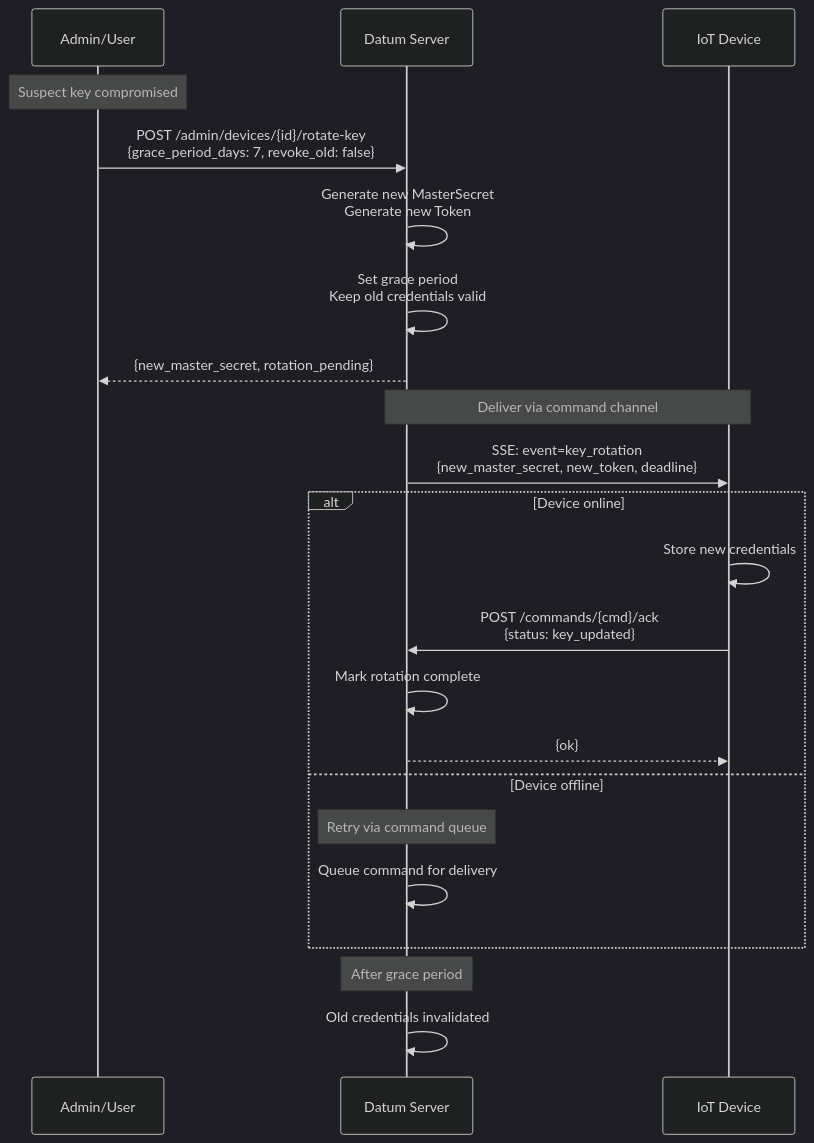
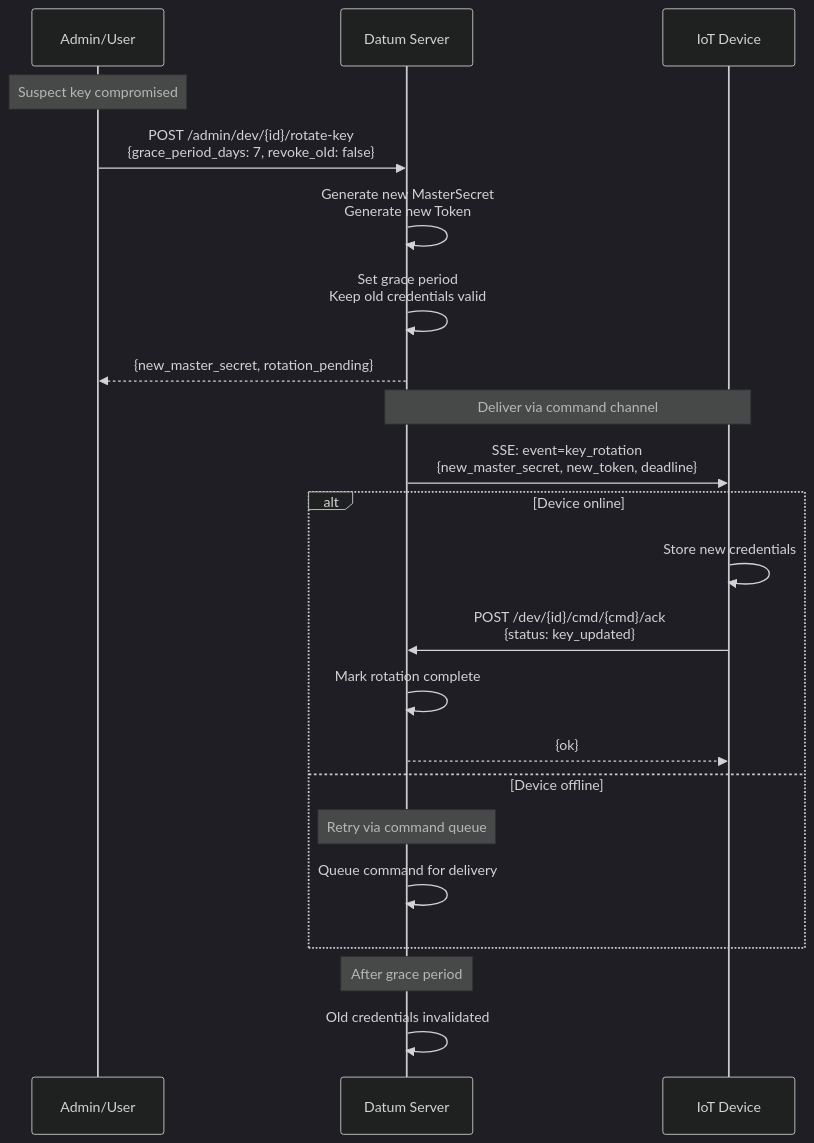
The eighth of 11 diagrams in docs/diagrams/API_KEY_SECURITY.md (tevfik/datum-server), drawn with Mermaid (dark theme) before and after one commit. The commit also changed other lines of this file and 61 other files, not shown here.

````diff
--- a/docs/diagrams/API_KEY_SECURITY.md
+++ b/docs/diagrams/API_KEY_SECURITY.md
@@ -245,29 +245,29 @@
 ```mermaid
 sequenceDiagram
     participant Admin as Admin/User
     participant Server as Datum Server
     participant Device as IoT Device
     
     Note over Admin: Suspect key compromised
-    Admin->>Server: POST /admin/devices/{id}/rotate-key<br/>{grace_period_days: 7, revoke_old: false}
+    Admin->>Server: POST /admin/dev/{id}/rotate-key<br/>{grace_period_days: 7, revoke_old: false}
     
     Server->>Server: Generate new MasterSecret<br/>Generate new Token
     Server->>Server: Set grace period<br/>Keep old credentials valid
     Server-->>Admin: {new_master_secret, rotation_pending}
     
     Note over Server,Device: Deliver via command channel
     Server->>Device: SSE: event=key_rotation<br/>{new_master_secret, new_token, deadline}
     
     alt Device online
         Device->>Device: Store new credentials
-        Device->>Server: POST /commands/{cmd}/ack<br/>{status: key_updated}
+        Device->>Server: POST /dev/{id}/cmd/{cmd}/ack<br/>{status: key_updated}
         Server->>Server: Mark rotation complete
         Server-->>Device: {ok}
     else Device offline
         Note over Server: Retry via command queue
         Server->>Server: Queue command for delivery
     end
     
     Note over Server: After grace period
     Server->>Server: Old credentials invalidated
 ```
````
